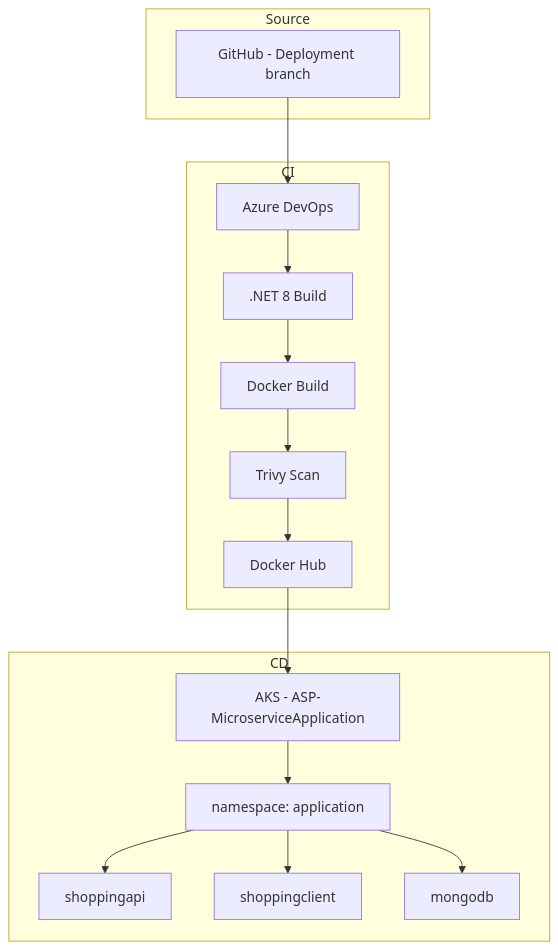
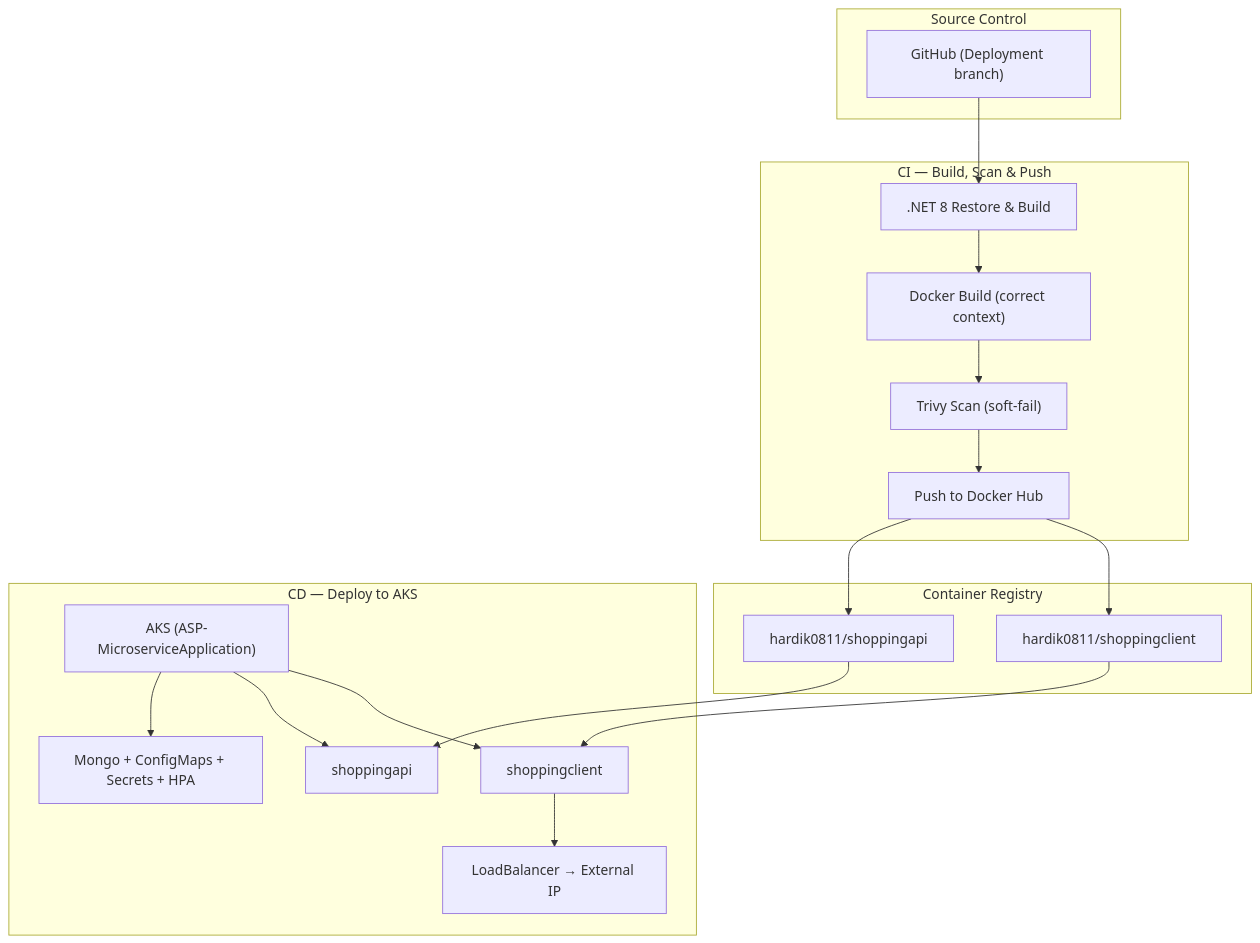
One commit to barbaria888/Azure-DevOps-Full_Microservice_Pipeline-DORA-Best_Practices changed the first of 2 diagrams in README.md. Above: the diagram before and after it, drawn with Mermaid. The commit also changed other lines of this file, not shown here.

````diff
--- a/README.md
+++ b/README.md
@@ -145,30 +20,34 @@
 ```mermaid
-flowchart TD
-    subgraph Source
-        GH[GitHub - Deployment branch]
+flowchart TB
+    subgraph Source["Source Control"]
+        GH["GitHub (Deployment branch)"]
     end
 
-    subgraph CI
-        AD[Azure DevOps]
-        NET[.NET 8 Build]
-        DOCKER[Docker Build]
-        TRIVY[Trivy Scan]
-        DH[Docker Hub]
+    subgraph CI["CI — Build, Scan & Push"]
+        NET[".NET 8 Restore & Build"]
+        DOCKER["Docker Build (correct context)"]
+        TRIVY["Trivy Scan (soft-fail)"]
+        PUSH["Push to Docker Hub"]
     end
 
-    subgraph CD
-        AKS[AKS - ASP-MicroserviceApplication]
-        NS[namespace: application]
-        API[shoppingapi]
-        CLIENT[shoppingclient]
-        MONGO[mongodb]
+    subgraph Registry["Container Registry"]
+        DH1["hardik0811/shoppingapi"]
+        DH2["hardik0811/shoppingclient"]
     end
 
-    GH --> AD
-    AD --> NET --> DOCKER --> TRIVY --> DH
-    DH --> AKS
-    AKS --> NS
-    NS --> API
-    NS --> CLIENT
-    NS --> MONGO
+    subgraph CD["CD — Deploy to AKS"]
+        AKS["AKS (ASP-MicroserviceApplication)"]
+        INFRA["Mongo + ConfigMaps + Secrets + HPA"]
+        API["shoppingapi"]
+        CLIENT["shoppingclient"]
+        LB["LoadBalancer → External IP"]
+    end
+
+    GH --> NET --> DOCKER --> TRIVY --> PUSH
+    PUSH --> DH1 & DH2
+    DH1 --> API
+    DH2 --> CLIENT
+    AKS --> INFRA
+    AKS --> API & CLIENT
+    CLIENT --> LB
 ```
````
